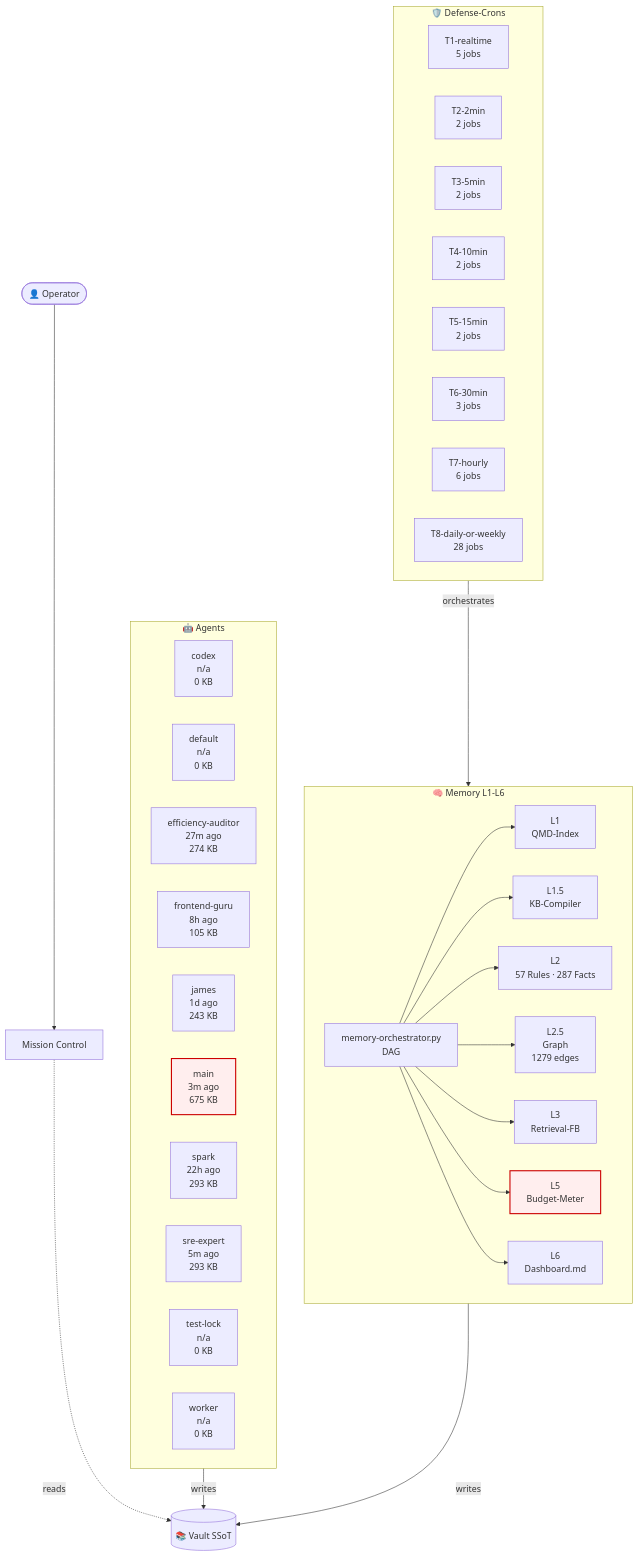
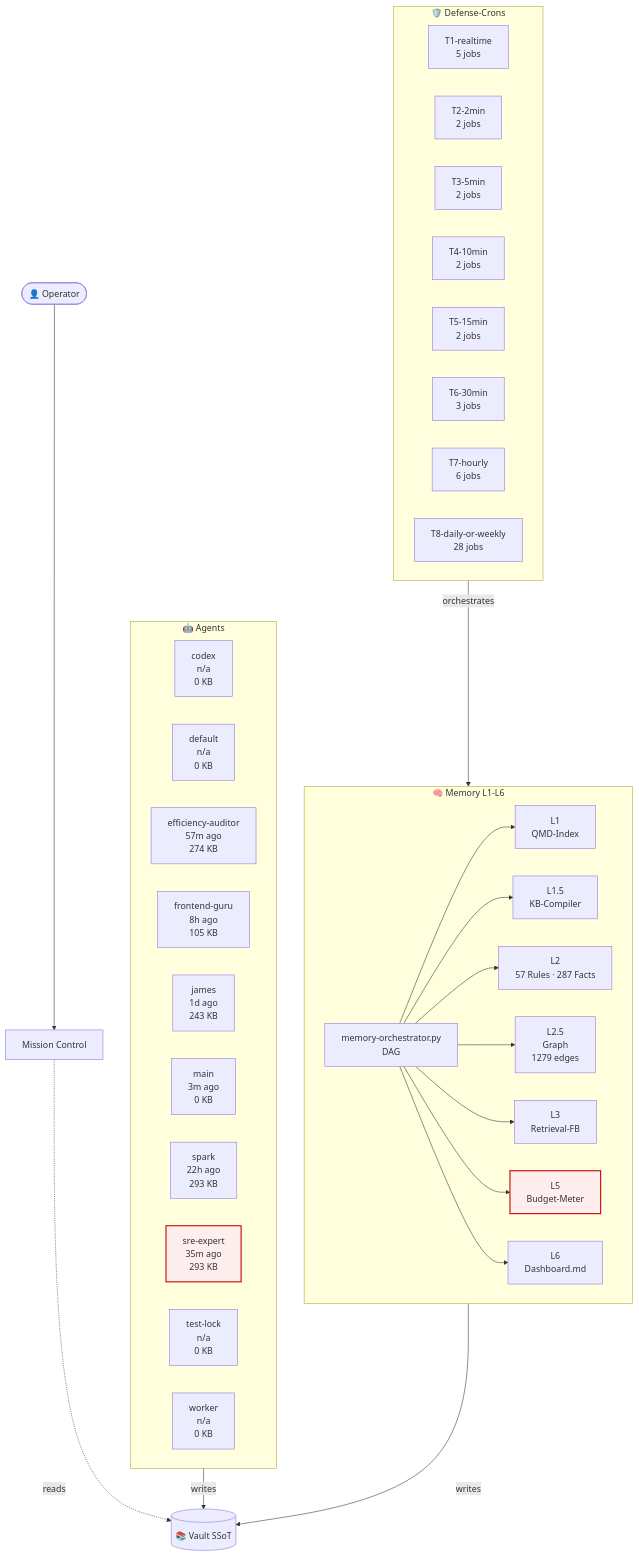
Before and after one commit to lenardhuebner88-rgb/openclaw-memory: the diagram in 03-Agents/architecture-live.md, drawn with Mermaid. The commit also changed other lines of this file and 14 other files, not shown here.

````diff
--- a/03-Agents/architecture-live.md
+++ b/03-Agents/architecture-live.md
@@ -18,53 +18,53 @@
 ```mermaid
 flowchart TB
     classDef critical fill:#fee,stroke:#c00,stroke-width:2px;
     subgraph AGT["🤖 Agents"]
         agent_codex["codex<br/>n/a<br/>0 KB"]
         agent_default["default<br/>n/a<br/>0 KB"]
-        agent_efficiency_auditor["efficiency-auditor<br/>27m ago<br/>274 KB"]
+        agent_efficiency_auditor["efficiency-auditor<br/>57m ago<br/>274 KB"]
         agent_frontend_guru["frontend-guru<br/>8h ago<br/>105 KB"]
         agent_james["james<br/>1d ago<br/>243 KB"]
-        agent_main["main<br/>3m ago<br/>675 KB"]
+        agent_main["main<br/>3m ago<br/>0 KB"]
         agent_spark["spark<br/>22h ago<br/>293 KB"]
-        agent_sre_expert["sre-expert<br/>5m ago<br/>293 KB"]
+        agent_sre_expert["sre-expert<br/>35m ago<br/>293 KB"]
         agent_test_lock["test-lock<br/>n/a<br/>0 KB"]
         agent_worker["worker<br/>n/a<br/>0 KB"]
     end
     subgraph MEM["🧠 Memory L1-L6"]
         L1["L1<br/>QMD-Index"]
         L15["L1.5<br/>KB-Compiler"]
         L2["L2<br/>57 Rules · 287 Facts"]
         L25["L2.5<br/>Graph<br/>1279 edges"]
         L3["L3<br/>Retrieval-FB"]
         L5["L5<br/>Budget-Meter"]
         L6["L6<br/>Dashboard.md"]
         ORCH["memory-orchestrator.py<br/>DAG"]
     end
     subgraph CRN["🛡️ Defense-Crons"]
         tier_T1_realtime["T1-realtime<br/>5 jobs"]
         tier_T2_2min["T2-2min<br/>2 jobs"]
         tier_T3_5min["T3-5min<br/>2 jobs"]
         tier_T4_10min["T4-10min<br/>2 jobs"]
         tier_T5_15min["T5-15min<br/>2 jobs"]
         tier_T6_30min["T6-30min<br/>3 jobs"]
         tier_T7_hourly["T7-hourly<br/>6 jobs"]
         tier_T8_daily_or_weekly["T8-daily-or-weekly<br/>28 jobs"]
     end
     VAULT[("📚 Vault SSoT")]
     OP([👤 Operator])
     MC["Mission Control"]
     OP --> MC
     MC -.reads.-> VAULT
     AGT -->|writes| VAULT
     MEM -->|writes| VAULT
     ORCH --> L1
     ORCH --> L15
     ORCH --> L2
     ORCH --> L25
     ORCH --> L3
     ORCH --> L5
     ORCH --> L6
     CRN -->|orchestrates| MEM
     class L5 critical
-    class agent_main critical
+    class agent_sre_expert critical
 ```
````
